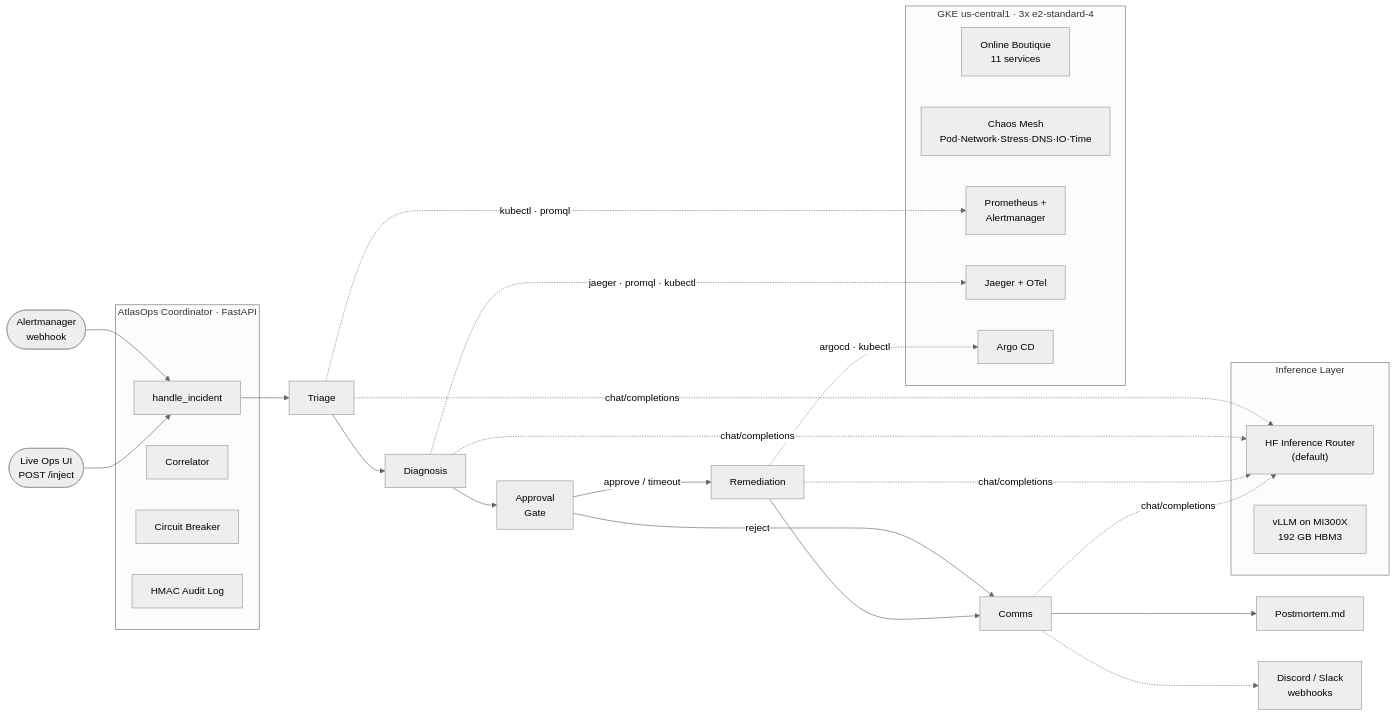
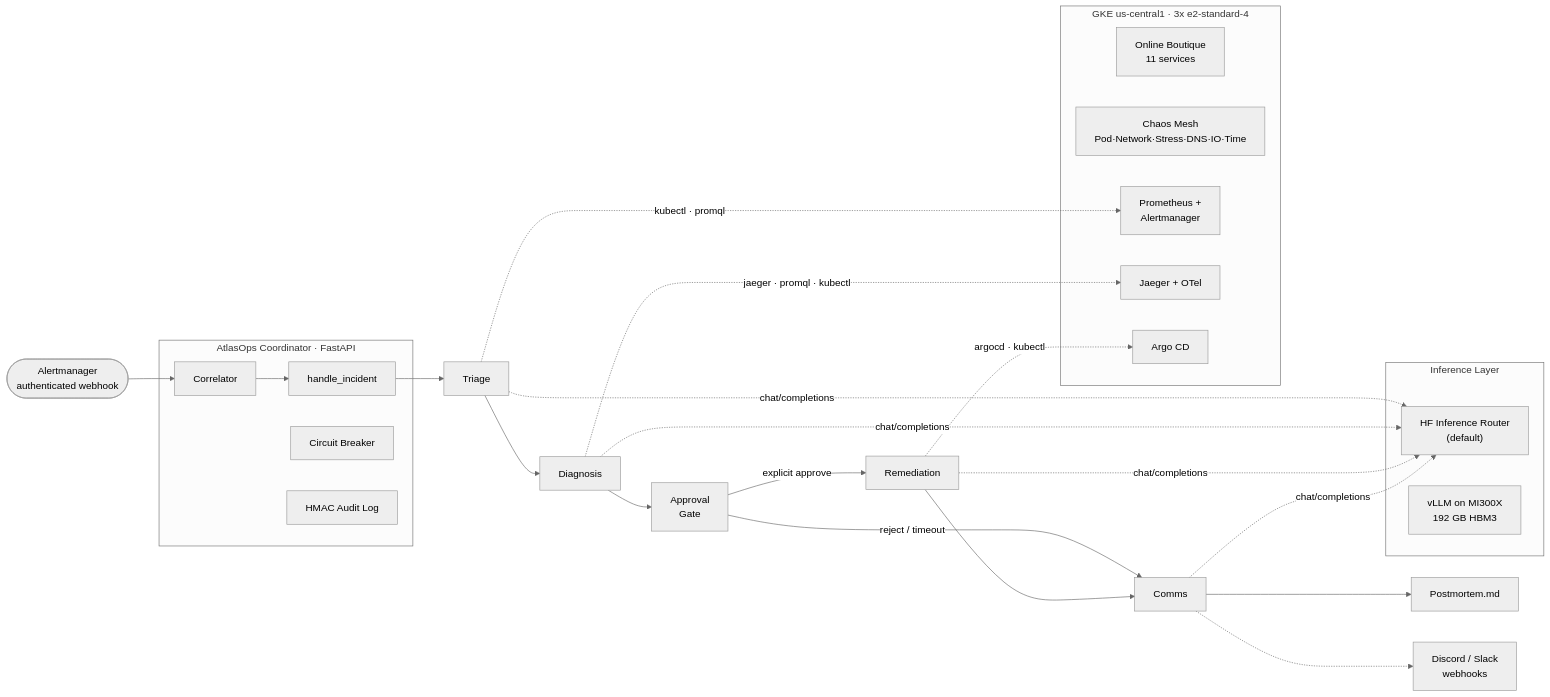
The diagram in README.md (virajchoudhary/AtlasOps), drawn with Mermaid (neutral theme) before and after one commit. The commit also changed other lines of this file and 30 other files, not shown here.

````diff
--- a/README.md
+++ b/README.md
@@ -50,43 +59,43 @@
 ```mermaid
 flowchart LR
   subgraph GKE["GKE us-central1 · 3x e2-standard-4"]
     OB["Online Boutique<br/>11 services"]
     CM["Chaos Mesh<br/>Pod·Network·Stress·DNS·IO·Time"]
     Prom["Prometheus +<br/>Alertmanager"]
     Jaeger["Jaeger + OTel"]
     Argo["Argo CD"]
   end
 
-  Alert(["Alertmanager<br/>webhook"]) --> Coord
-  UI(["Live Ops UI<br/>POST /inject"]) --> Coord
+  Alert(["Alertmanager<br/>authenticated webhook"]) --> Corr
+  Corr --> Coord
 
   subgraph Atlas["AtlasOps Coordinator · FastAPI"]
     Coord["handle_incident"]
     Corr["Correlator"]
     CB["Circuit Breaker"]
     Audit["HMAC Audit Log"]
   end
 
   Coord --> Triage
   Triage --> Diag["Diagnosis"]
   Diag --> Gate["Approval<br/>Gate"]
-  Gate -- "approve / timeout" --> Rem["Remediation"]
-  Gate -- "reject" --> Comms
+  Gate -- "explicit approve" --> Rem["Remediation"]
+  Gate -- "reject / timeout" --> Comms
   Rem --> Comms
   Comms --> PM["Postmortem.md"]
   Comms -.-> Discord["Discord / Slack<br/>webhooks"]
 
   Triage -. "kubectl · promql" .-> Prom
   Diag -. "jaeger · promql · kubectl" .-> Jaeger
   Rem -. "argocd · kubectl" .-> Argo
 
   subgraph LLM["Inference Layer"]
     Router["HF Inference Router<br/>(default)"]
     Local["vLLM on MI300X<br/>192 GB HBM3"]
   end
 
   Triage -. "chat/completions" .-> Router
   Diag -. "chat/completions" .-> Router
   Rem -. "chat/completions" .-> Router
   Comms -. "chat/completions" .-> Router
 ```
````
